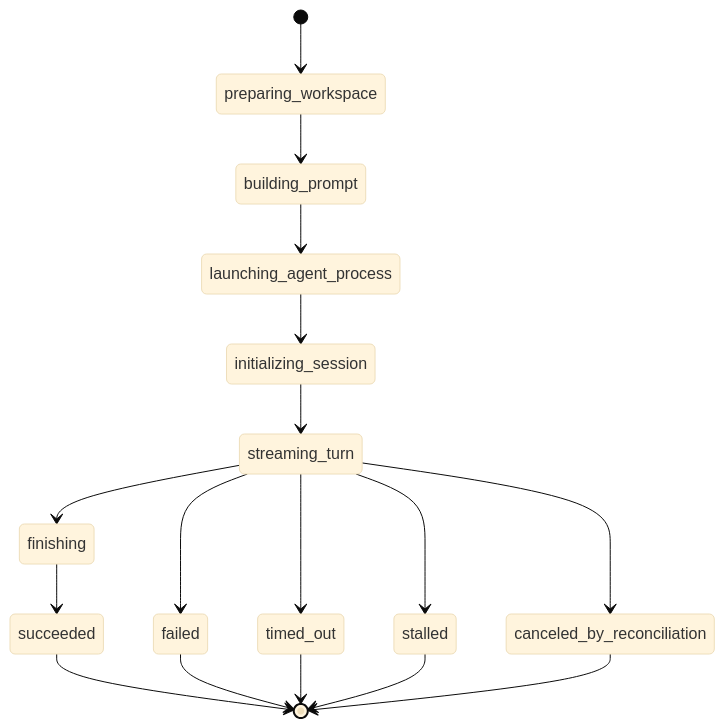
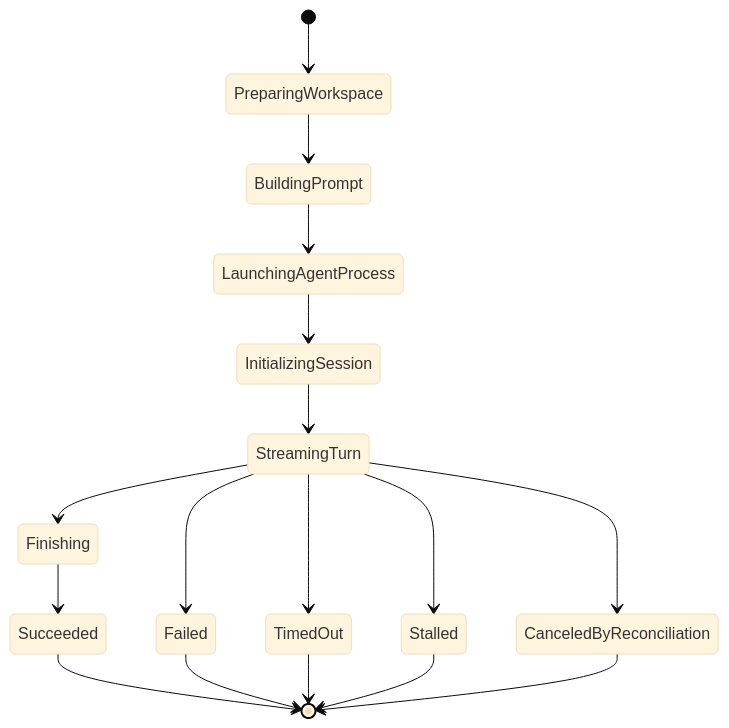
The third of 4 diagrams in docs/architecture.md (xrf9268-hue/aiops-platform), drawn with Mermaid (base theme) before and after one commit. The commit also changed other lines of this file and 1 other file, not shown here.

Commit message:
docs(architecture): drop removed policy gate from workspace/WORKFLOW nodes
The #561 path/diffstat policy gate is gone; the workspace node does
clone/checkout/verify/artifacts and WORKFLOW.md carries config
front-matter + prompt template, not a policy. Keep the diagram aligned
with the current source.

````diff
--- a/docs/architecture.md
+++ b/docs/architecture.md
@@ -114,19 +120,19 @@
 ```mermaid
 stateDiagram-v2
-    [*] --> preparing_workspace
-    preparing_workspace --> building_prompt
-    building_prompt --> launching_agent_process
-    launching_agent_process --> initializing_session
-    initializing_session --> streaming_turn
-    streaming_turn --> finishing
-    finishing --> succeeded
-    streaming_turn --> failed
-    streaming_turn --> timed_out
-    streaming_turn --> stalled
-    streaming_turn --> canceled_by_reconciliation
-    succeeded --> [*]
-    failed --> [*]
-    timed_out --> [*]
-    stalled --> [*]
-    canceled_by_reconciliation --> [*]
+    [*] --> PreparingWorkspace
+    PreparingWorkspace --> BuildingPrompt
+    BuildingPrompt --> LaunchingAgentProcess
+    LaunchingAgentProcess --> InitializingSession
+    InitializingSession --> StreamingTurn
+    StreamingTurn --> Finishing
+    Finishing --> Succeeded
+    StreamingTurn --> Failed
+    StreamingTurn --> TimedOut
+    StreamingTurn --> Stalled
+    StreamingTurn --> CanceledByReconciliation
+    Succeeded --> [*]
+    Failed --> [*]
+    TimedOut --> [*]
+    Stalled --> [*]
+    CanceledByReconciliation --> [*]
 ```
````
